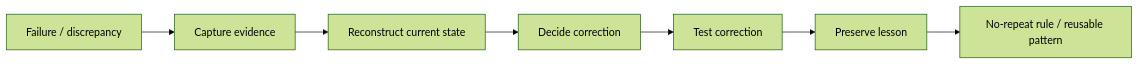
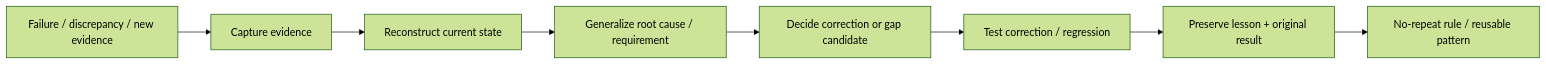
The diagram in FAILURES_AND_LESSONS.md (Alvaro-Olivas/GoNica-Evidence-Room), drawn with Mermaid (forest theme) before and after one commit. The commit also changed other lines of this file, not shown here.

Commit message:
Expand failures and lessons with real transition evidence

````diff
--- a/FAILURES_AND_LESSONS.md
+++ b/FAILURES_AND_LESSONS.md
@@ -35,9 +114,10 @@
 ```mermaid
 flowchart LR
-    F[Failure / discrepancy] --> C[Capture evidence]
+    F[Failure / discrepancy / new evidence] --> C[Capture evidence]
     C --> R[Reconstruct current state]
-    R --> D[Decide correction]
-    D --> T[Test correction]
-    T --> L[Preserve lesson]
+    R --> G[Generalize root cause / requirement]
+    G --> D[Decide correction or gap candidate]
+    D --> T[Test correction / regression]
+    T --> L[Preserve lesson + original result]
     L --> N[No-repeat rule / reusable pattern]
 ```
````
